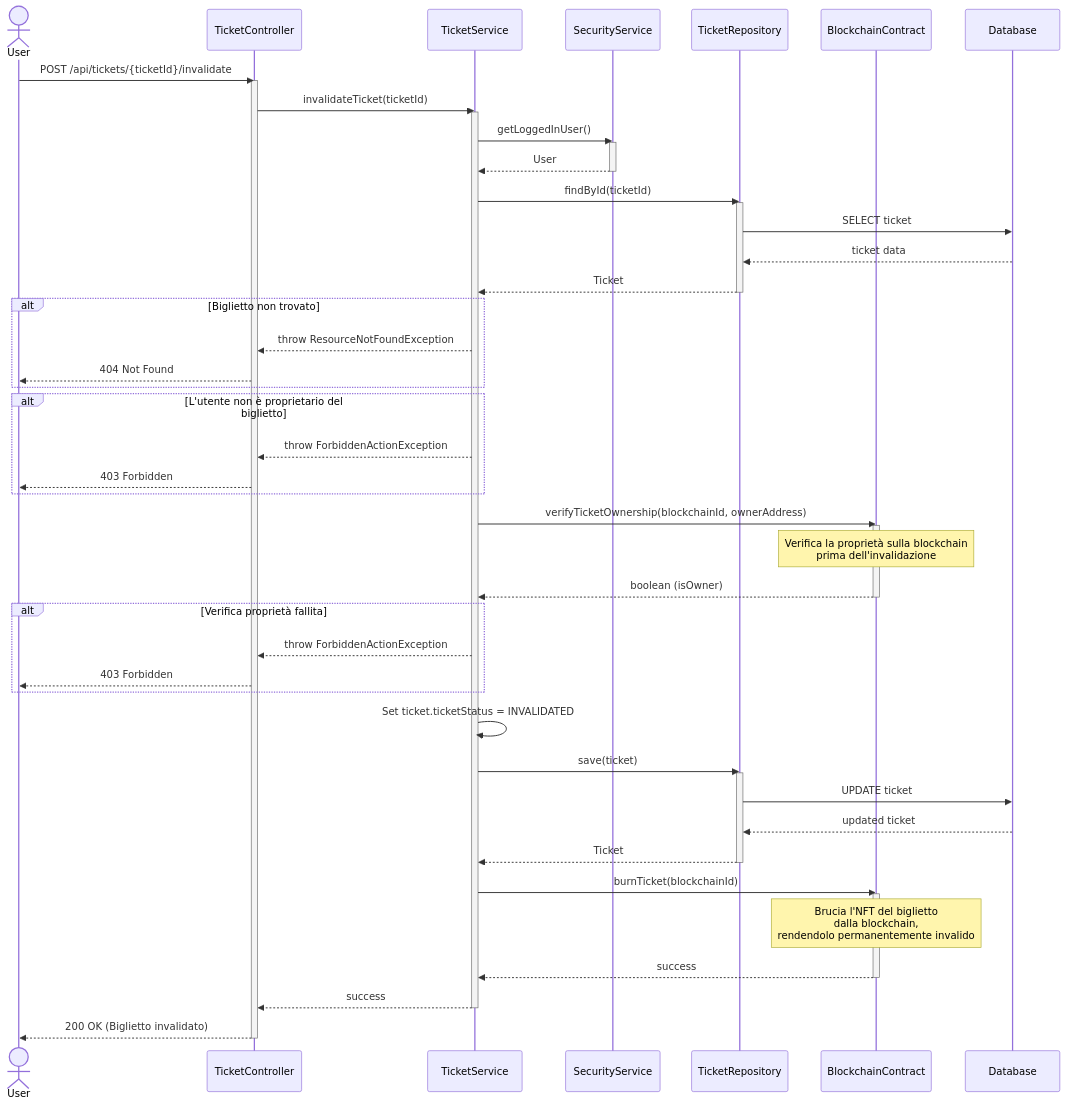
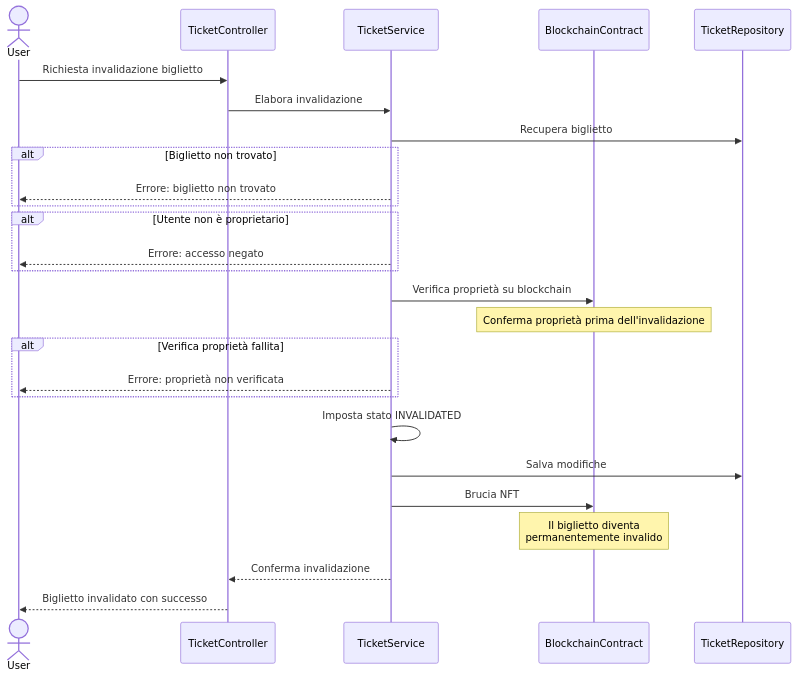
One commit to s-lusito/TicketBlock-Ing_Sw changed the diagram in docs/sequence-ticket-invalidation.md. Above: the diagram before and after it, drawn with Mermaid. The commit also changed 14 other files, not shown here.

Commit message:
Simplify sequence diagrams and add PlantUML versions

````diff
--- a/docs/sequence-ticket-invalidation.md
+++ b/docs/sequence-ticket-invalidation.md
@@ -5,70 +5,37 @@
 ```mermaid
 sequenceDiagram
     actor User
-    participant Controller as TicketController
-    participant Service as TicketService
-    participant SecurityService
-    participant TicketRepo as TicketRepository
-    participant TicketContract as BlockchainContract
-    participant DB as Database
+    participant TicketController
+    participant TicketService
+    participant BlockchainContract
+    participant TicketRepository
 
-    User->>Controller: POST /api/tickets/{ticketId}/invalidate
-    activate Controller
+    User->>TicketController: Richiesta invalidazione biglietto
+    TicketController->>TicketService: Elabora invalidazione
     
-    Controller->>Service: invalidateTicket(ticketId)
-    activate Service
-    
-    Service->>SecurityService: getLoggedInUser()
-    activate SecurityService
-    SecurityService-->>Service: User
-    deactivate SecurityService
-    
-    Service->>TicketRepo: findById(ticketId)
-    activate TicketRepo
-    TicketRepo->>DB: SELECT ticket
-    DB-->>TicketRepo: ticket data
-    TicketRepo-->>Service: Ticket
-    deactivate TicketRepo
+    TicketService->>TicketRepository: Recupera biglietto
     
     alt Biglietto non trovato
-        Service-->>Controller: throw ResourceNotFoundException
-        Controller-->>User: 404 Not Found
+        TicketService-->>User: Errore: biglietto non trovato
     end
     
-    alt L'utente non è proprietario del biglietto
-        Service-->>Controller: throw ForbiddenActionException
-        Controller-->>User: 403 Forbidden
+    alt Utente non è proprietario
+        TicketService-->>User: Errore: accesso negato
     end
     
-    Service->>TicketContract: verifyTicketOwnership(blockchainId, ownerAddress)
-    activate TicketContract
-    Note over TicketContract: Verifica la proprietà sulla blockchain<br/>prima dell'invalidazione
-    TicketContract-->>Service: boolean (isOwner)
-    deactivate TicketContract
+    TicketService->>BlockchainContract: Verifica proprietà su blockchain
+    Note over BlockchainContract: Conferma proprietà prima dell'invalidazione
     
     alt Verifica proprietà fallita
-        Service-->>Controller: throw ForbiddenActionException
-        Controller-->>User: 403 Forbidden
+        TicketService-->>User: Errore: proprietà non verificata
     end
     
-    Service->>Service: Set ticket.ticketStatus = INVALIDATED
+    TicketService->>TicketService: Imposta stato INVALIDATED
+    TicketService->>TicketRepository: Salva modifiche
     
-    Service->>TicketRepo: save(ticket)
-    activate TicketRepo
-    TicketRepo->>DB: UPDATE ticket
-    DB-->>TicketRepo: updated ticket
-    TicketRepo-->>Service: Ticket
-    deactivate TicketRepo
+    TicketService->>BlockchainContract: Brucia NFT
+    Note over BlockchainContract: Il biglietto diventa<br/>permanentemente invalido
     
-    Service->>TicketContract: burnTicket(blockchainId)
-    activate TicketContract
-    Note over TicketContract: Brucia l'NFT del biglietto<br/>dalla blockchain,<br/>rendendolo permanentemente invalido
-    TicketContract-->>Service: success
-    deactivate TicketContract
-    
-    Service-->>Controller: success
-    deactivate Service
-    
-    Controller-->>User: 200 OK (Biglietto invalidato)
-    deactivate Controller
+    TicketService-->>TicketController: Conferma invalidazione
+    TicketController-->>User: Biglietto invalidato con successo
 ```
````
